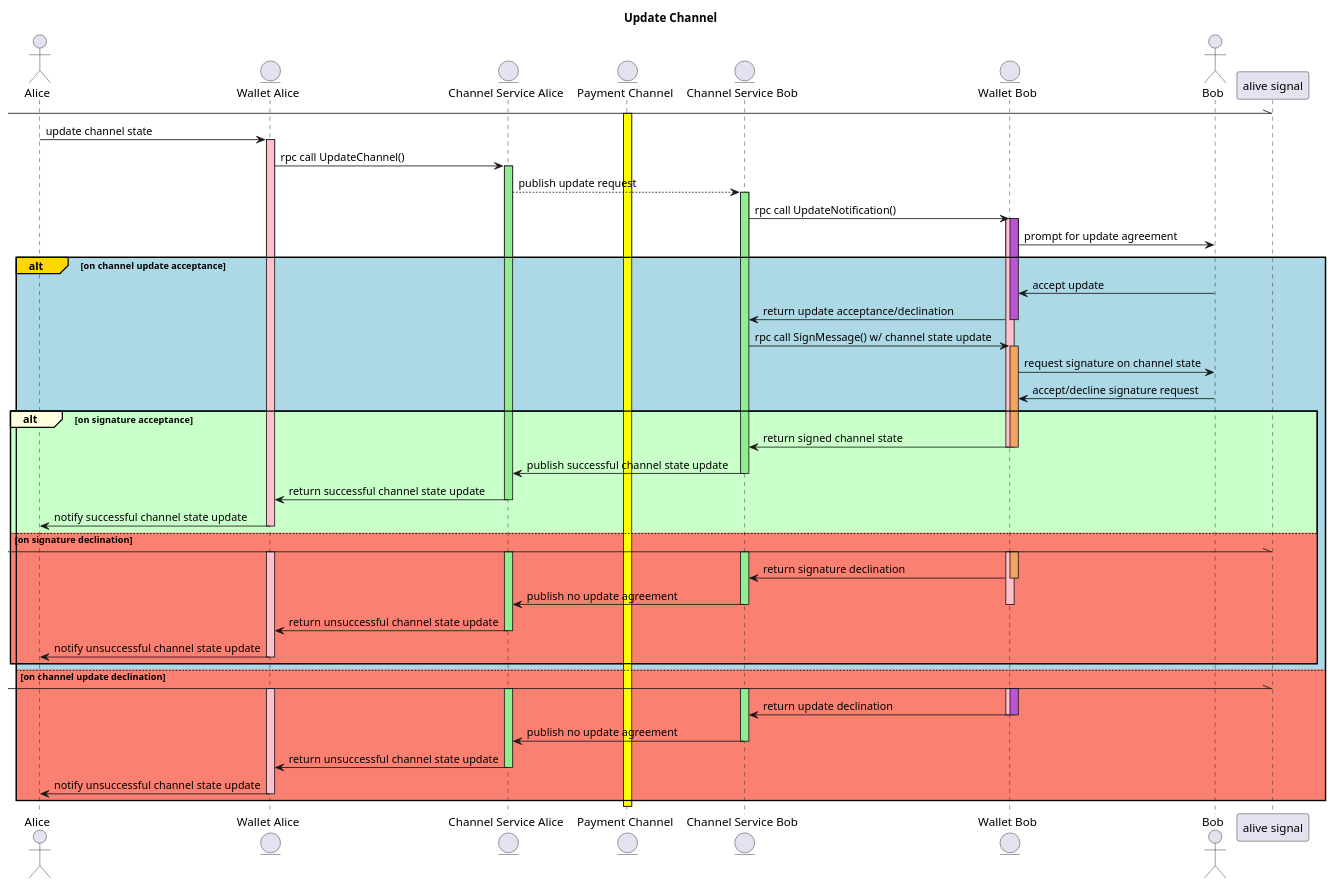
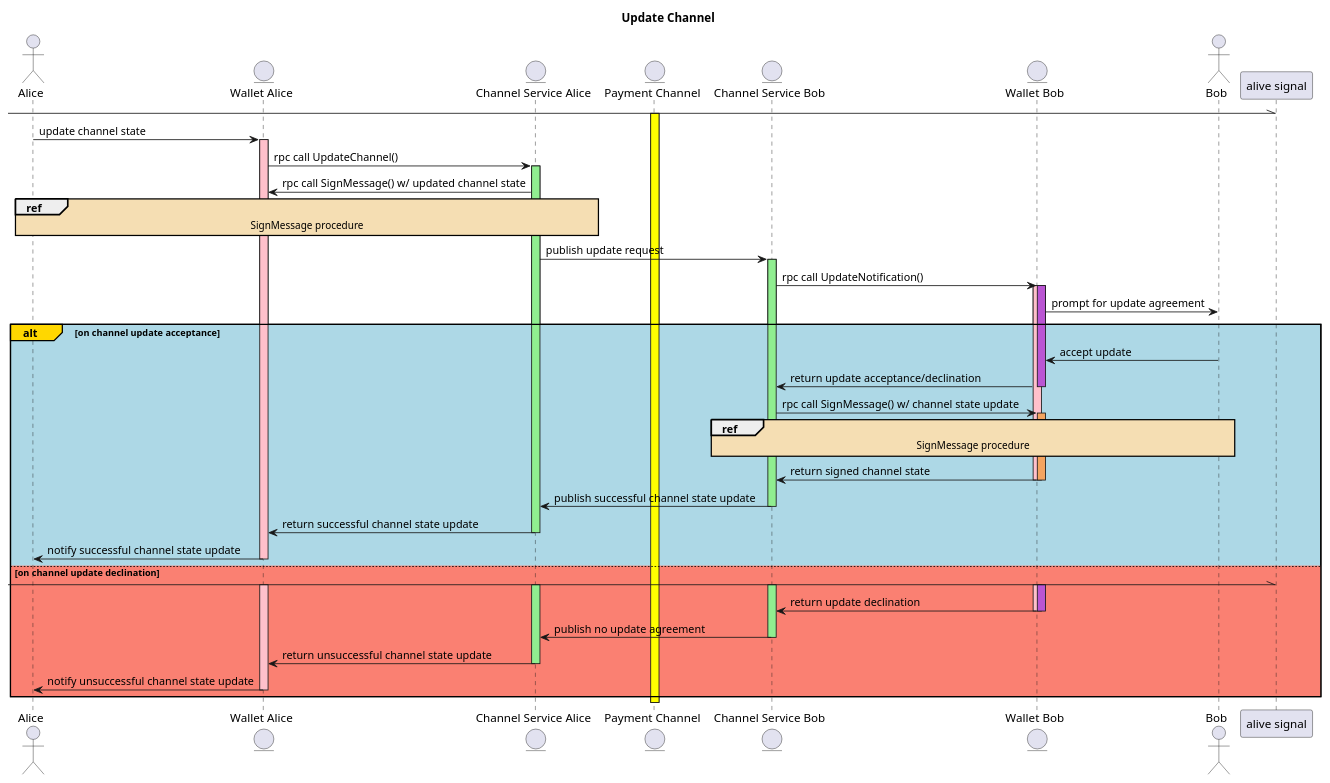
One commit to perun-network/perun-wallet-spec changed the diagram in src/sequence-update.pu. Above: the diagram before and after it, drawn with PlantUML. The commit also changed 13 other files, not shown here.

Commit message:
sequence: Clean up sequence diagrams and reference in Spec.md

```diff
--- a/src/sequence-update.pu
+++ b/src/sequence-update.pu
@@ -1,80 +1,65 @@
 @startuml
 actor Alice as A
 entity "Wallet Alice" as WA
 entity "Channel Service Alice" as CSA
 entity "Payment Channel" as PC
 entity "Channel Service Bob" as CSB
 entity "Wallet Bob" as WB
 actor Bob as B
 
+skinparam sequenceReferenceBackgroundColor wheat
+
 title Update Channel
 
 [-\\ "alive signal"
 activate PC #yellow
 A -> WA : update channel state
 activate WA #pink
 WA -> CSA : rpc call UpdateChannel()
 activate CSA #lightgreen
-CSA --> CSB : publish update request
+CSA -> WA : rpc call SignMessage() w/ updated channel state
+ref over A, WA, CSA : SignMessage procedure
+CSA -> CSB : publish update request
 activate CSB #lightgreen
 CSB -> WB : rpc call UpdateNotification()
 activate WB #pink
 activate WB #mediumorchid
 WB -> B : prompt for update agreement
 
 alt#gold #lightblue on channel update acceptance
   B -> WB : accept update
   WB -> CSB : return update acceptance/declination
   deactivate WB
   CSB -> WB : rpc call SignMessage() w/ channel state update
+  ref over B, CSB, WB : SignMessage procedure
   activate WB #sandybrown
-  WB -> B : request signature on channel state
-  B -> WB : accept/decline signature request
-  alt#lightyellow #technology  on signature acceptance
-    WB -> CSB : return signed channel state
-    deactivate WB
-    deactivate WB
-    CSB -> CSA : publish successful channel state update
-    deactivate CSB
-    CSA -> WA : return successful channel state update
-    deactivate CSA
-    WA -> A : notify successful channel state update
-    deactivate WA
-  else #salmon on signature declination
-    [-\\ "alive signal"
-    activate WB #pink
-    activate WB #sandybrown
-    activate WA #pink
-    activate CSB #lightgreen
-    activate CSA #lightgreen
-    WB -> CSB : return signature declination
-    deactivate WB
-    CSB -> CSA : publish no update agreement
-    deactivate CSB
-    deactivate WB
-    CSA -> WA : return unsuccessful channel state update
-    deactivate CSA
-    WA -> A : notify unsuccessful channel state update
-    deactivate WA
-  end
+  WB -> CSB : return signed channel state
+  deactivate WB
+  deactivate WB
+  CSB -> CSA : publish successful channel state update
+  deactivate CSB
+  CSA -> WA : return successful channel state update
+  deactivate CSA
+  WA -> A : notify successful channel state update
+  deactivate WA
 else #salmon on channel update declination
   [-\\ "alive signal"
   activate WB #pink
   activate WB #mediumorchid
   activate WA #pink
   activate CSB #lightgreen
   activate CSA #lightgreen
   WB -> CSB : return update declination
   deactivate WB
   deactivate WB
   CSB -> CSA : publish no update agreement
   deactivate CSB
   CSA -> WA : return unsuccessful channel state update
   deactivate CSA
   WA -> A : notify unsuccessful channel state update
   deactivate WA
 end
 deactivate PC
 
 
 @enduml
```
